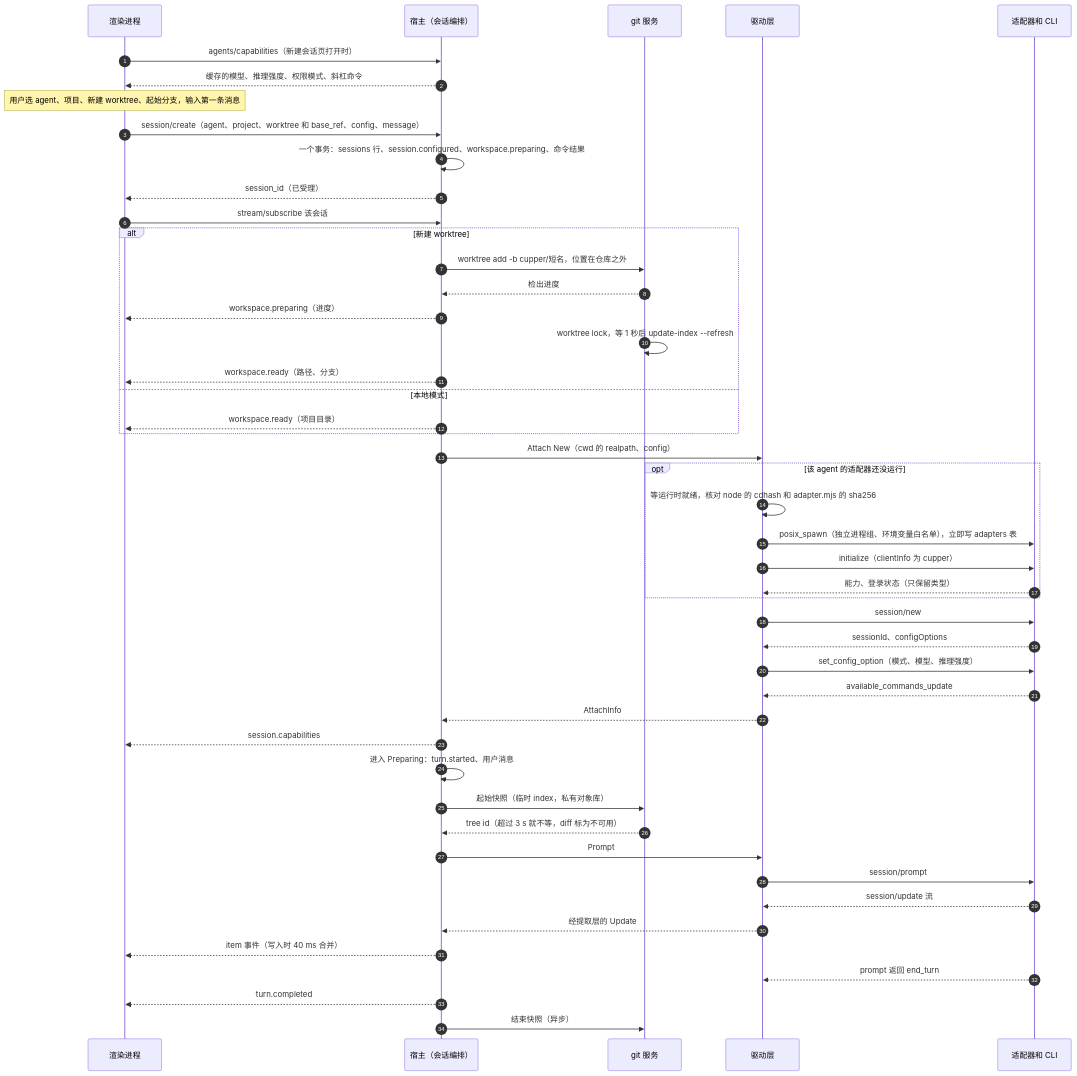
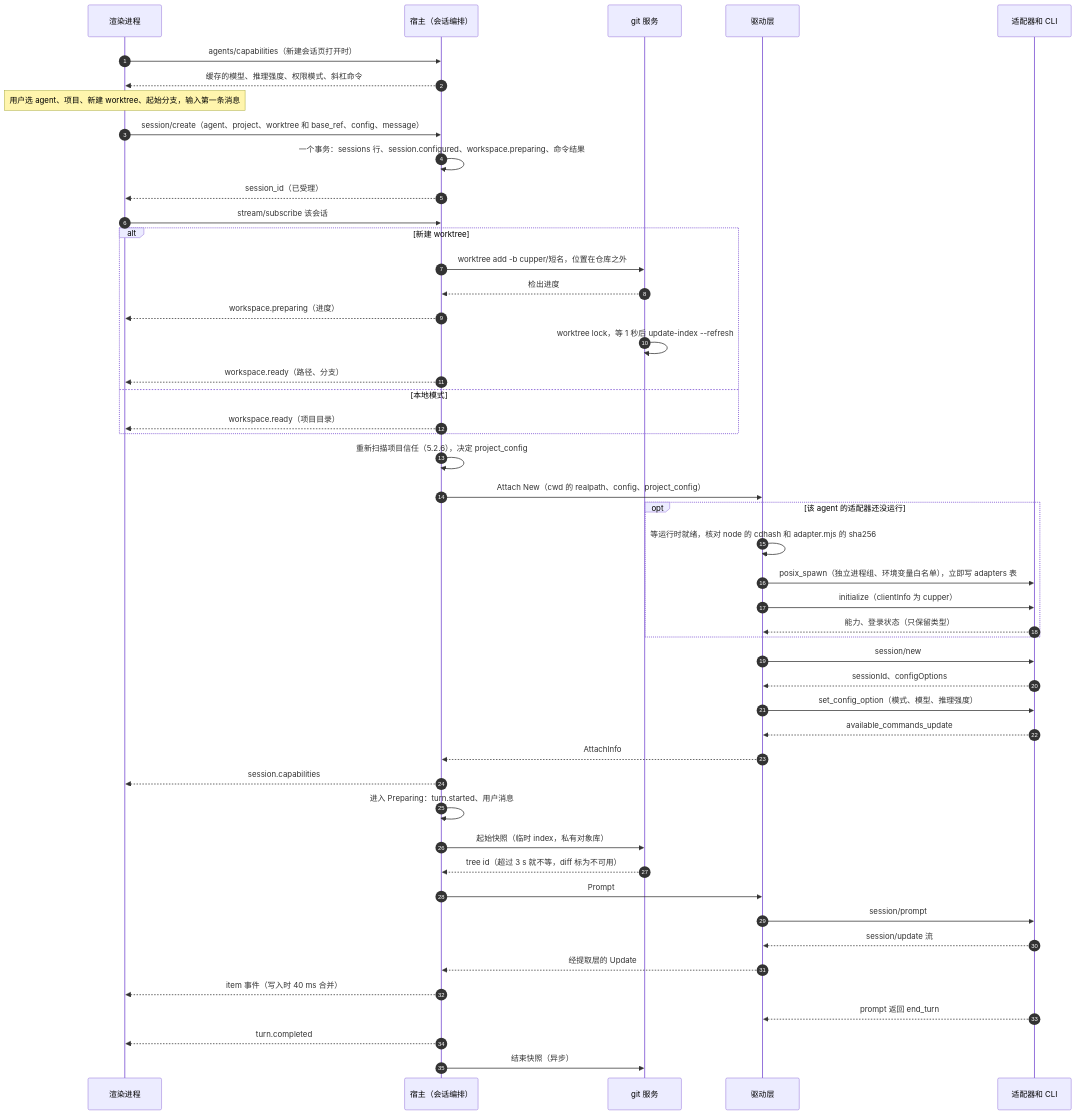
Before and after one commit to boris-w/cupper: the second of 11 diagrams in docs/design/05-flows.md, drawn with Mermaid. The commit also changed other lines of this file and 5 other files, not shown here.

First line of the commit message:
docs(design): add project trust before loading project agent config

````diff
--- a/docs/design/05-flows.md
+++ b/docs/design/05-flows.md
@@ -56,49 +56,50 @@
 ```mermaid
 sequenceDiagram
   autonumber
   participant R as 渲染进程
   participant H as 宿主（会话编排）
   participant G as git 服务
   participant A as 驱动层
   participant AD as 适配器和 CLI
   R->>H: agents/capabilities（新建会话页打开时）
   H-->>R: 缓存的模型、推理强度、权限模式、斜杠命令
   Note over R: 用户选 agent、项目、新建 worktree、起始分支，输入第一条消息
   R->>H: session/create（agent、project、worktree 和 base_ref、config、message）
   H->>H: 一个事务：sessions 行、session.configured、workspace.preparing、命令结果
   H-->>R: session_id（已受理）
   R->>H: stream/subscribe 该会话
   alt 新建 worktree
     H->>G: worktree add -b cupper/短名，位置在仓库之外
     G-->>H: 检出进度
     H-->>R: workspace.preparing（进度）
     G->>G: worktree lock，等 1 秒后 update-index --refresh
     H-->>R: workspace.ready（路径、分支）
   else 本地模式
     H-->>R: workspace.ready（项目目录）
   end
-  H->>A: Attach New（cwd 的 realpath、config）
+  H->>H: 重新扫描项目信任（5.2.6），决定 project_config
+  H->>A: Attach New（cwd 的 realpath、config、project_config）
   opt 该 agent 的适配器还没运行
     A->>A: 等运行时就绪，核对 node 的 cdhash 和 adapter.mjs 的 sha256
     A->>AD: posix_spawn（独立进程组、环境变量白名单），立即写 adapters 表
     A->>AD: initialize（clientInfo 为 cupper）
     AD-->>A: 能力、登录状态（只保留类型）
   end
   A->>AD: session/new
   AD-->>A: sessionId、configOptions
   A->>AD: set_config_option（模式、模型、推理强度）
   AD-->>A: available_commands_update
   A-->>H: AttachInfo
   H-->>R: session.capabilities
   H->>H: 进入 Preparing：turn.started、用户消息
   H->>G: 起始快照（临时 index，私有对象库）
   G-->>H: tree id（超过 3 s 就不等，diff 标为不可用）
   H->>A: Prompt
   A->>AD: session/prompt
   AD-->>A: session/update 流
   A-->>H: 经提取层的 Update
   H-->>R: item 事件（写入时 40 ms 合并）
   AD-->>A: prompt 返回 end_turn
   H-->>R: turn.completed
   H->>G: 结束快照（异步）
 ```
````
